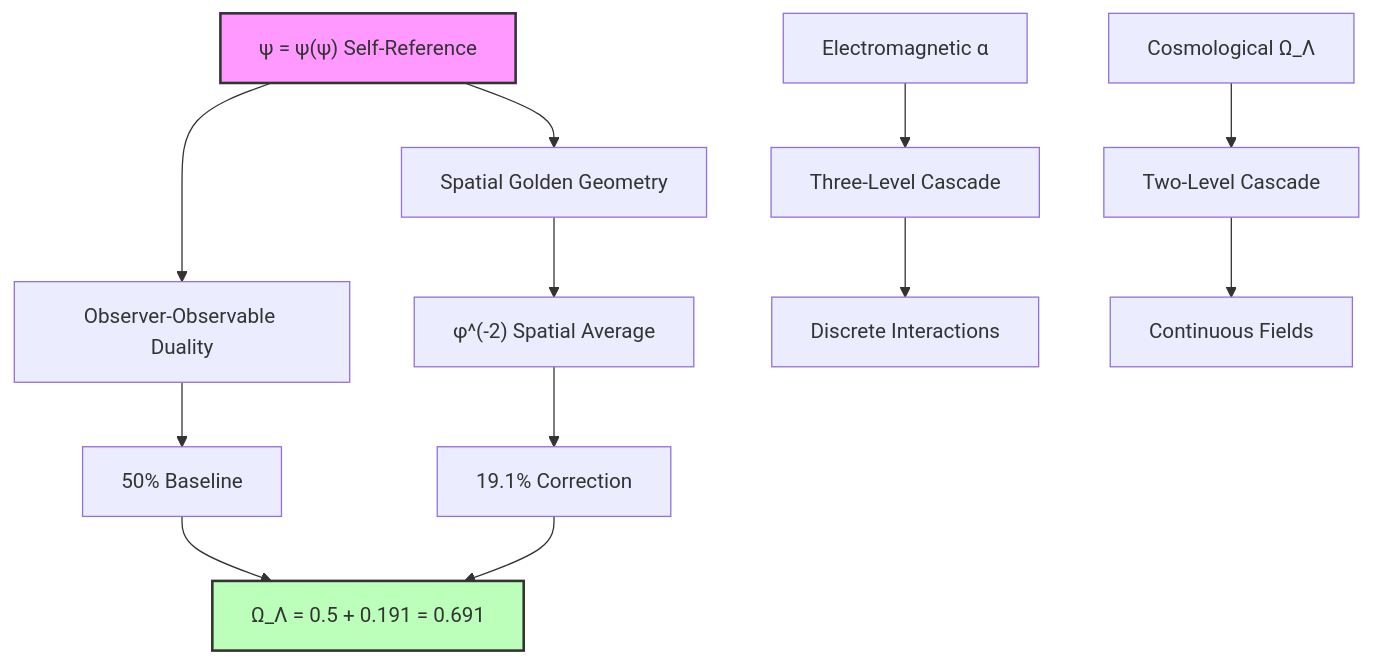
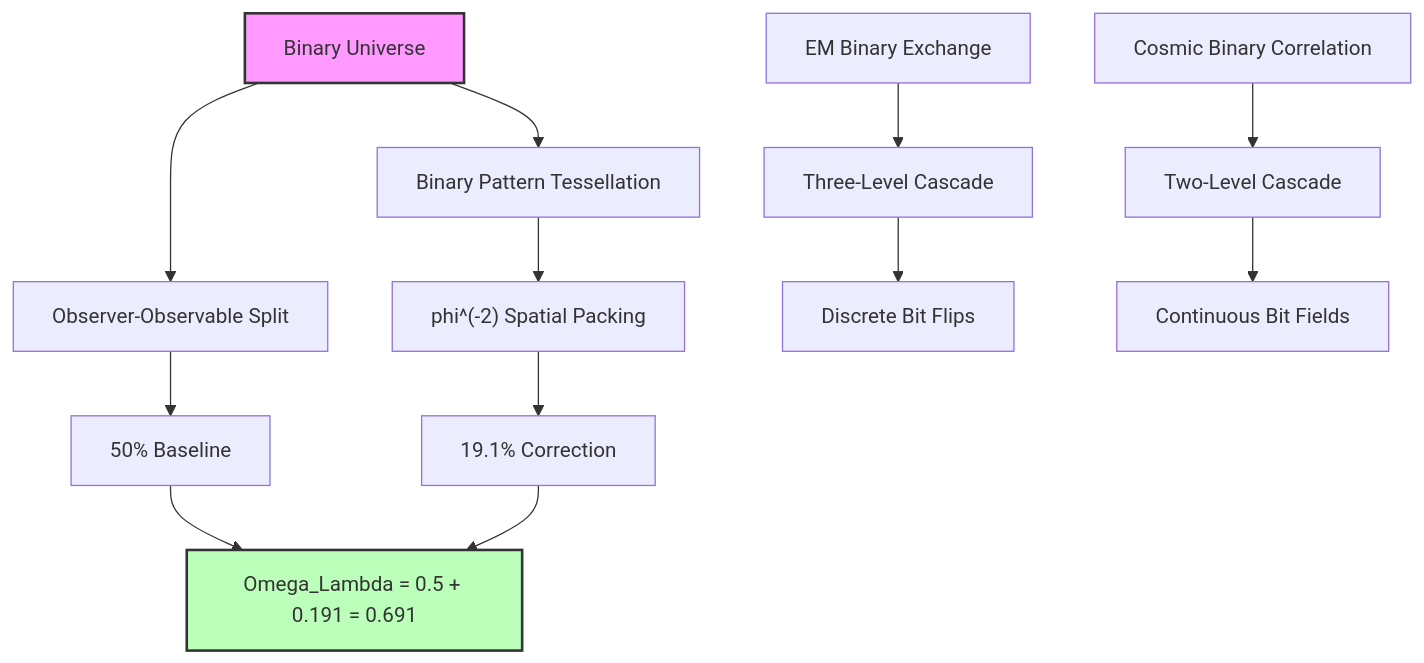
One commit to loning/the-phys changed the first of 2 diagrams in docs/psi-constants/part-04-collapse-cosmology/chapter-051-omega-lambda-collapse-path-entropy-average.md. Above: the diagram before and after it, drawn with Mermaid. The commit also changed other lines of this file and 3 other files, not shown here.

````diff
--- a/docs/psi-constants/part-04-collapse-cosmology/chapter-051-omega-lambda-collapse-path-entropy-average.md
+++ b/docs/psi-constants/part-04-collapse-cosmology/chapter-051-omega-lambda-collapse-path-entropy-average.md
@@ -81,18 +97,18 @@
 ```mermaid
 graph TD
-    A["ψ = ψ(ψ) Self-Reference"] --> B["Observer-Observable Duality"]
+    A["Binary Universe"] --> B["Observer-Observable Split"]
     B --> C["50% Baseline"]
-    A --> D["Spatial Golden Geometry"]
-    D --> E["φ^(-2) Spatial Average"]
+    A --> D["Binary Pattern Tessellation"]
+    D --> E["phi^(-2) Spatial Packing"]
     E --> F["19.1% Correction"]
-    C --> G["Ω_Λ = 0.5 + 0.191 = 0.691"]
+    C --> G["Omega_Lambda = 0.5 + 0.191 = 0.691"]
     F --> G
     
-    H["Electromagnetic α"] --> I["Three-Level Cascade"]
-    I --> J["Discrete Interactions"]
-    K["Cosmological Ω_Λ"] --> L["Two-Level Cascade"]
-    L --> M["Continuous Fields"]
+    H["EM Binary Exchange"] --> I["Three-Level Cascade"]
+    I --> J["Discrete Bit Flips"]
+    K["Cosmic Binary Correlation"] --> L["Two-Level Cascade"]
+    L --> M["Continuous Bit Fields"]
     
     style A fill:#f9f,stroke:#333,stroke-width:2px
     style G fill:#bfb,stroke:#333,stroke-width:2px
 ```
````
